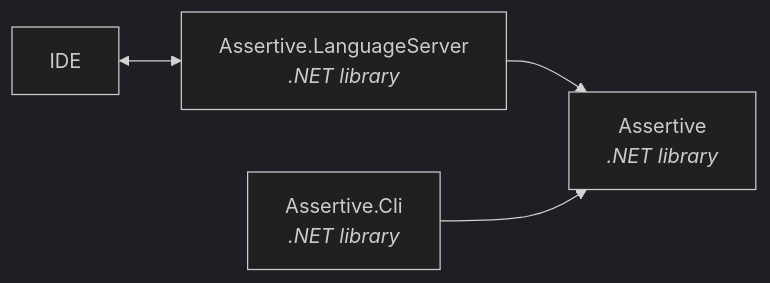
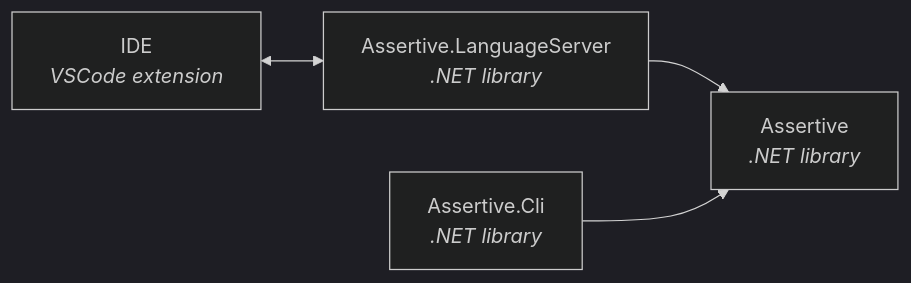
Before and after one commit to Jokelab/Assertive.Docs: the diagram in Technology.md, drawn with Mermaid (dark theme). The commit also changed other lines of this file, not shown here.

Commit message:
Update diagram

````diff
--- a/Technology.md
+++ b/Technology.md
@@ -9,15 +9,19 @@
 ```mermaid
 graph LR;
+
+IDE["`IDE
+_VSCode extension_`"]
+
 Assertive.LanguageServer["`Assertive.LanguageServer
 _.NET library_`"]
 
 Assertive["`Assertive
 _.NET library_`"]
 
 Assertive.Cli["`Assertive.Cli
 _.NET library_`"]
 
 IDE <--> Assertive.LanguageServer
 Assertive.LanguageServer --> Assertive
 Assertive.Cli --> Assertive
 ```
````
